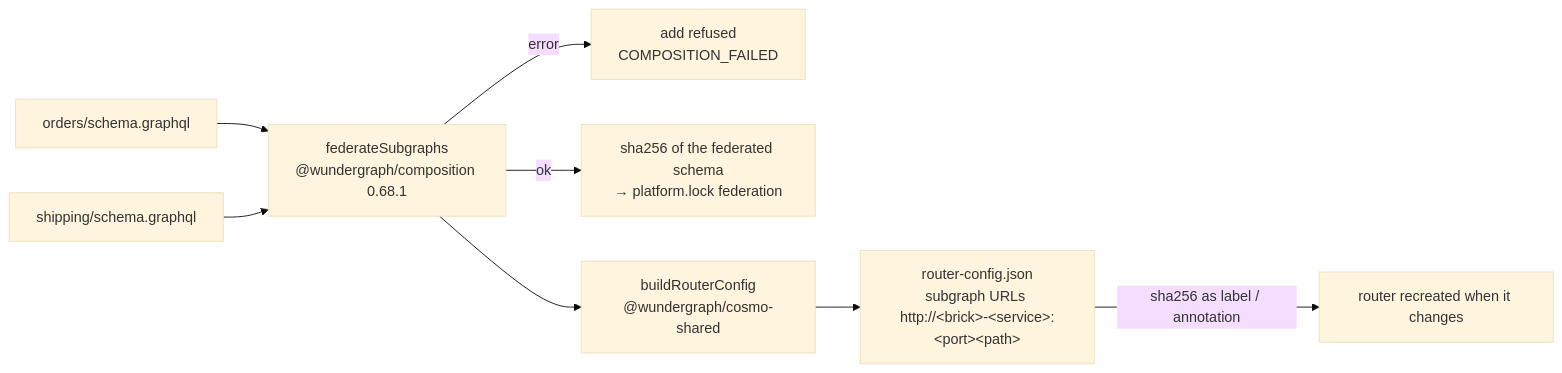
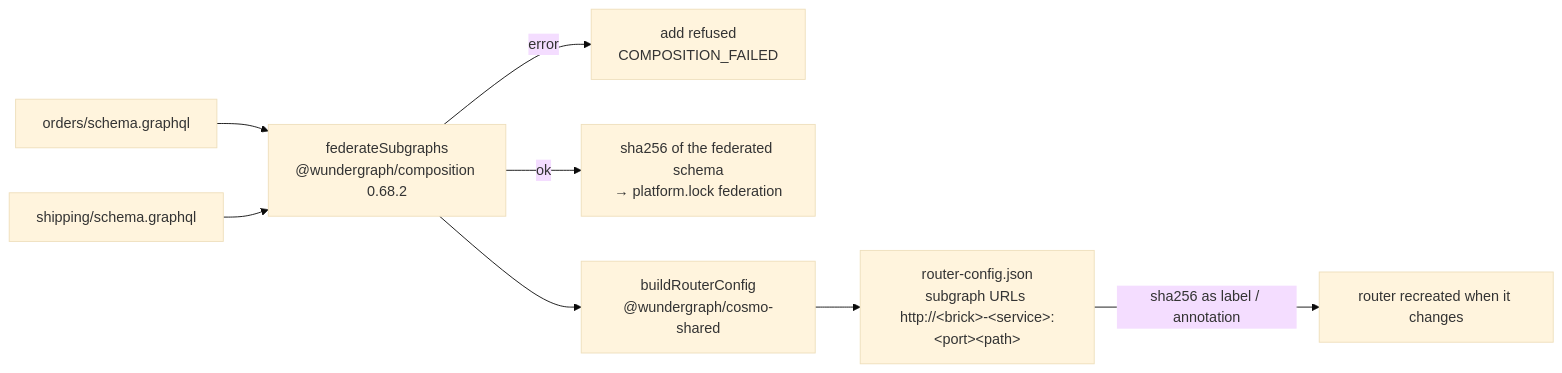
One commit to rudney5000/plugbricks changed the fourth of 6 diagrams in docs/architecture.md. Above: the diagram before and after it, drawn with Mermaid (base theme). The commit also changed 25 other files, not shown here.

````diff
--- a/docs/architecture.md
+++ b/docs/architecture.md
@@ -243,10 +243,10 @@
 ```mermaid
 flowchart LR
-  S1["orders/schema.graphql"] --> F["federateSubgraphs<br/>@wundergraph/composition 0.68.1"]
+  S1["orders/schema.graphql"] --> F["federateSubgraphs<br/>@wundergraph/composition 0.68.2"]
   S2["shipping/schema.graphql"] --> F
   F -->|"error"| X["add refused<br/>COMPOSITION_FAILED"]
   F -->|"ok"| H["sha256 of the federated schema<br/>→ platform.lock federation"]
   F --> B["buildRouterConfig<br/>@wundergraph/cosmo-shared"]
   B --> RC["router-config.json<br/>subgraph URLs http://&lt;brick&gt;-&lt;service&gt;:&lt;port&gt;&lt;path&gt;"]
   RC -->|"sha256 as label / annotation"| R["router recreated when it changes"]
 ```
````
